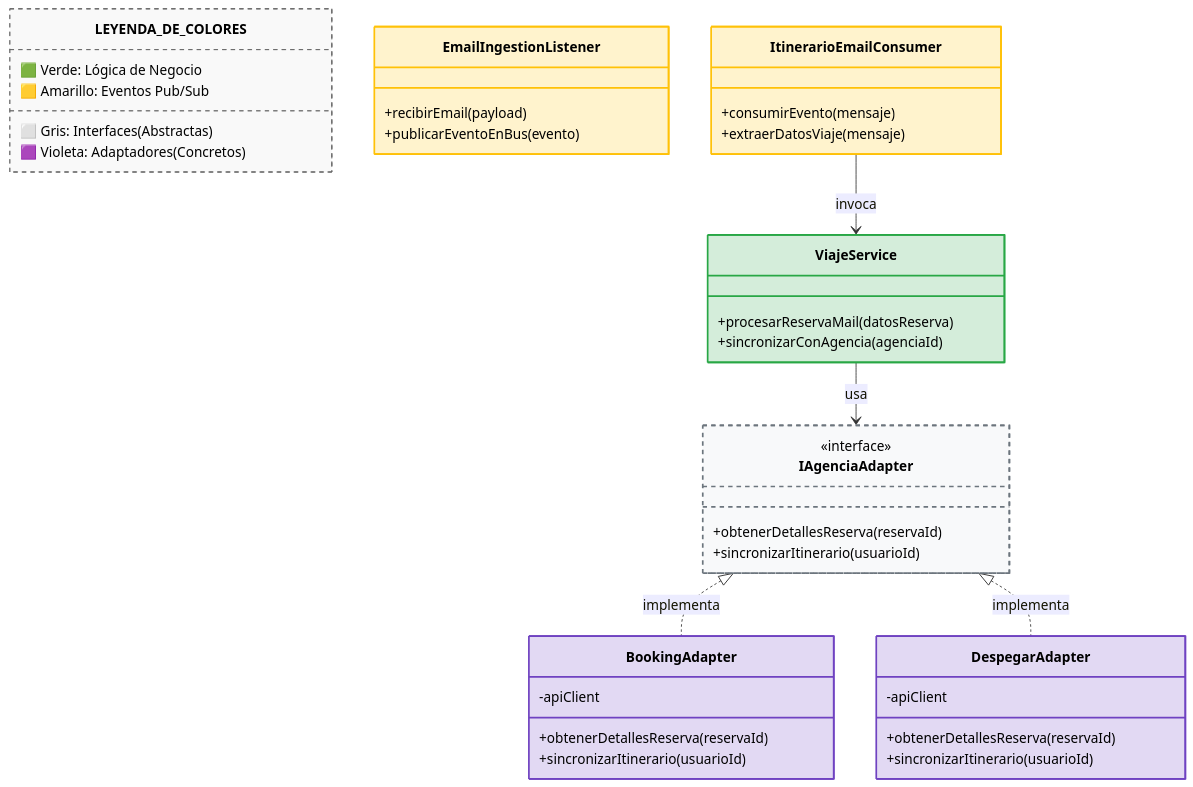
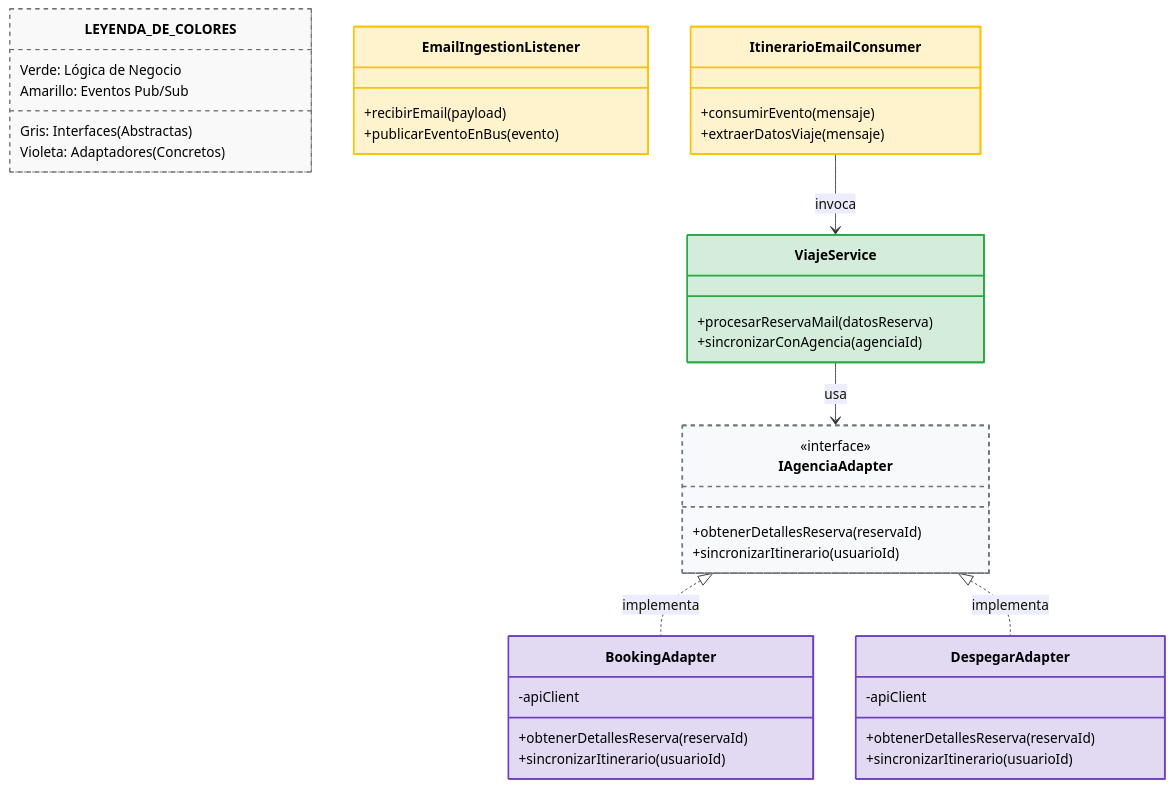
One commit to ulisesmatteoda/Trotamundos-Grupo23 changed the second of 2 diagrams in Iteraciones/Iteracion2-Prov.md. Above: the diagram before and after it, drawn with Mermaid. The commit also changed other lines of this file, not shown here.

````diff
--- a/Iteraciones/Iteracion2-Prov.md
+++ b/Iteraciones/Iteracion2-Prov.md
@@ -200,63 +192,63 @@
 ```mermaid
 classDiagram
     %% Leyenda unificada en un solo bloque vertical
     class LEYENDA_DE_COLORES {
-        🟩 Verde: Lógica de Negocio
-        🟨 Amarillo: Eventos Pub/Sub
-        ⬜ Gris: Interfaces (Abstractas)
-        🟪 Violeta: Adaptadores (Concretos)
+         Verde: Lógica de Negocio
+         Amarillo: Eventos Pub/Sub
+         Gris: Interfaces (Abstractas)
+         Violeta: Adaptadores (Concretos)
     }
 
     class ViajeService {
         +procesarReservaMail(datosReserva)
         +sincronizarConAgencia(agenciaId)
     }
 
     class IAgenciaAdapter {
         <<interface>>
         +obtenerDetallesReserva(reservaId)
         +sincronizarItinerario(usuarioId)
     }
 
     class BookingAdapter {
         -apiClient
         +obtenerDetallesReserva(reservaId)
         +sincronizarItinerario(usuarioId)
     }
 
     class DespegarAdapter {
         -apiClient
         +obtenerDetallesReserva(reservaId)
         +sincronizarItinerario(usuarioId)
     }
     
     class EmailIngestionListener {
         +recibirEmail(payload)
         +publicarEventoEnBus(evento)
     }
 
     class ItinerarioEmailConsumer {
         +consumirEvento(mensaje)
         +extraerDatosViaje(mensaje)
     }
 
     %% Relaciones de dependencia (allowed-to-use) y realización
     ItinerarioEmailConsumer --> ViajeService : invoca
     ViajeService --> IAgenciaAdapter : usa
     
     IAgenciaAdapter <|.. BookingAdapter : implementa
     IAgenciaAdapter <|.. DespegarAdapter : implementa
 
     %% Estilos de colores
     style LEYENDA_DE_COLORES fill:#f9f9f9,stroke:#666,stroke-width:1px,color:#000000,stroke-dasharray: 5 5
 
     style ViajeService fill:#d4edda,stroke:#28a745,stroke-width:2px,color:#000000
     
     style EmailIngestionListener fill:#fff3cd,stroke:#ffc107,stroke-width:2px,color:#000000
     style ItinerarioEmailConsumer fill:#fff3cd,stroke:#ffc107,stroke-width:2px,color:#000000
     
     style IAgenciaAdapter fill:#f8f9fa,stroke:#6c757d,stroke-width:2px,color:#000000,stroke-dasharray: 5 5
     
     style BookingAdapter fill:#e2d9f3,stroke:#6f42c1,stroke-width:2px,color:#000000
     style DespegarAdapter fill:#e2d9f3,stroke:#6f42c1,stroke-width:2px,color:#000000
 ```
````
